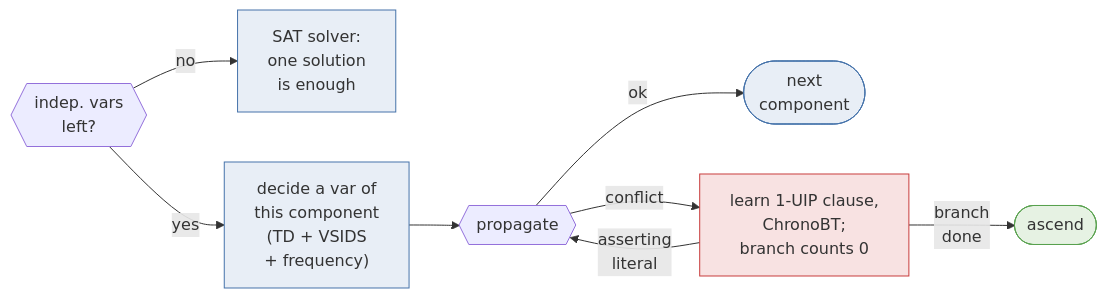
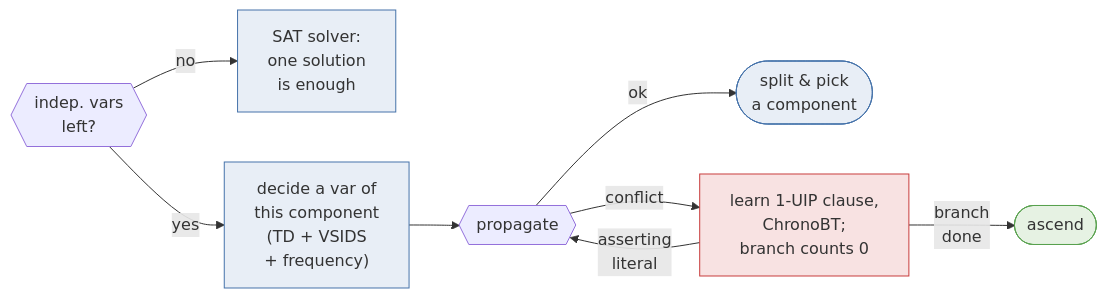
The diagram in figs/mermaid/descend.mmd (meelgroup/ganak-presentation), drawn with Mermaid before and after one commit. The commit also changed 3 other files, not shown here.

Commit message:
Descend diagram: 'split & pick a component' instead of 'next component'

```diff
--- a/figs/mermaid/descend.mmd
+++ b/figs/mermaid/descend.mmd
@@ -1,17 +1,17 @@
 flowchart LR
   Q{{"indep. vars<br/>left?"}}
   Q -->|no| SAT["SAT solver:<br/>one solution<br/>is enough"]
   Q -->|yes| DEC["decide a var of<br/>this component<br/>(TD + VSIDS<br/>+ frequency)"]
   DEC --> P{{propagate}}
-  P -->|"ok"| OUT(["next<br/>component"])
+  P -->|"ok"| OUT(["split &amp; pick<br/>a component"])
   P -->|"conflict"| UIP["learn 1-UIP clause,<br/>ChronoBT;<br/>branch counts 0"]
   UIP -->|"asserting<br/>literal"| P
   UIP -->|"branch<br/>done"| ASC([ascend])
 
   %% blue: search, red: conflict, green: counting
   classDef search fill:#e8eef6,stroke:#4673aa
   classDef confl fill:#f8e2e2,stroke:#c83c3c
   classDef count fill:#e6f2e3,stroke:#59a14f
   class DEC,SAT,OUT search
   class UIP confl
   class ASC count
```
